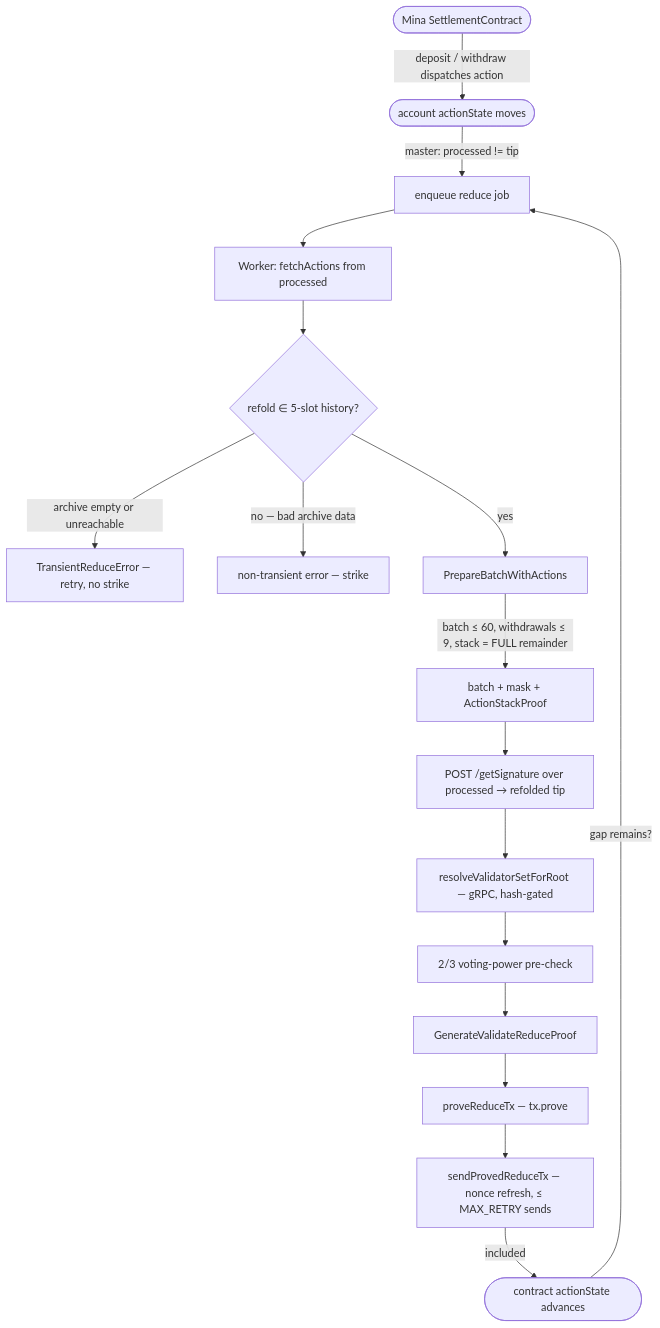
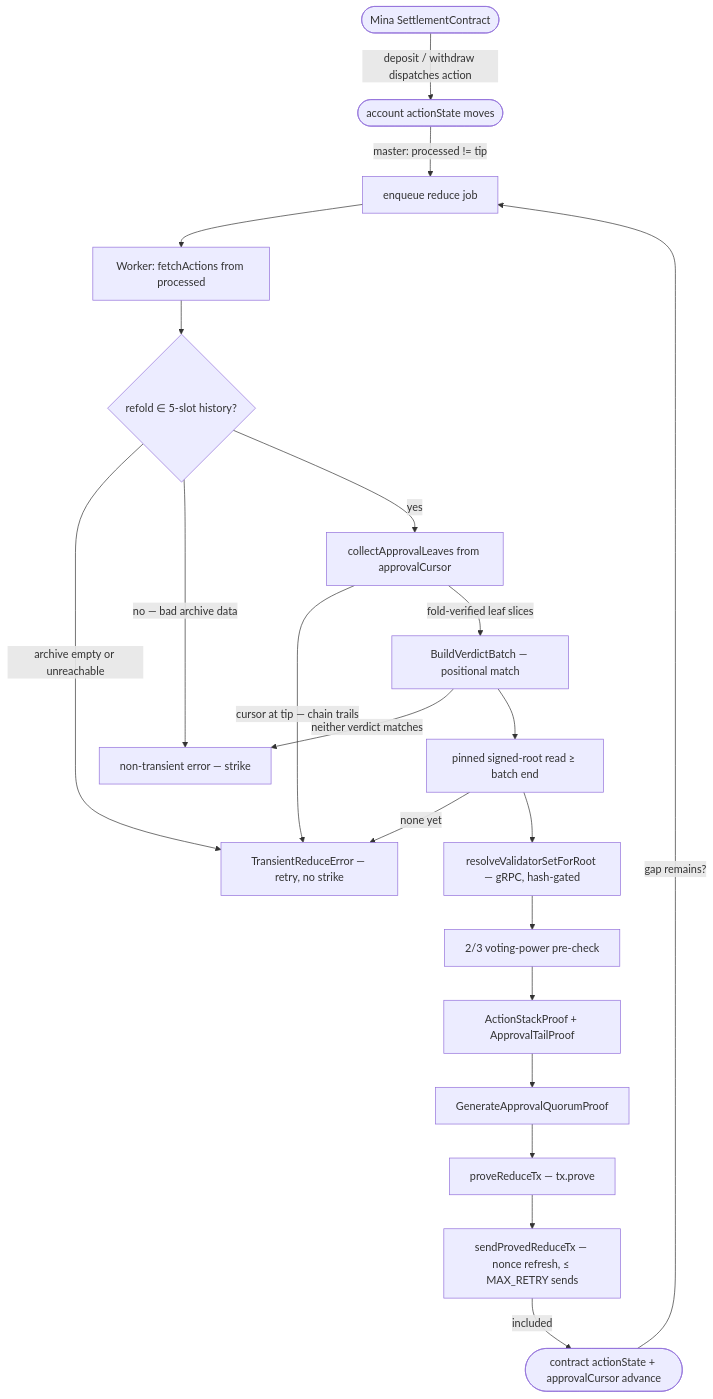
The second of 4 diagrams in bridge/docs/architecture.md (node101-io/pulsar), drawn with Mermaid before and after one commit. The commit also changed other lines of this file and 22 other files, not shown here.

First line of the commit message:
feat(bridge): chain-derived approvals in reduce

````diff
--- a/bridge/docs/architecture.md
+++ b/bridge/docs/architecture.md
@@ -184,21 +191,25 @@
 ```mermaid
 flowchart TD
     A([Mina SettlementContract]) -->|deposit / withdraw dispatches action| B([account actionState moves])
 
     B -->|master: processed != tip| C[enqueue reduce job]
     C --> D[Worker: fetchActions from processed]
     D --> E{refold ∈ 5-slot history?}
     E -->|archive empty or unreachable| Y[TransientReduceError — retry, no strike]
     E -->|no — bad archive data| X[non-transient error — strike]
-    E -->|yes| F[PrepareBatchWithActions]
+    E -->|yes| F[collectApprovalLeaves from approvalCursor]
 
-    F -->|batch ≤ 60, withdrawals ≤ 9, stack = FULL remainder| G[batch + mask + ActionStackProof]
-    G --> H[POST /getSignature over processed → refolded tip]
+    F -->|cursor at tip — chain trails| Y
+    F -->|fold-verified leaf slices| G[BuildVerdictBatch — positional match]
+    G -->|neither verdict matches| X
+    G --> H[pinned signed-root read ≥ batch end]
+    H -->|none yet| Y
     H --> I[resolveValidatorSetForRoot — gRPC, hash-gated]
     I --> J[2/3 voting-power pre-check]
-    J --> K[GenerateValidateReduceProof]
-    K --> L[proveReduceTx — tx.prove]
-    L --> M[sendProvedReduceTx — nonce refresh, ≤ MAX_RETRY sends]
-    M -->|included| N([contract actionState advances])
-    N -->|gap remains?| C
+    J --> K[ActionStackProof + ApprovalTailProof]
+    K --> L[GenerateApprovalQuorumProof]
+    L --> M[proveReduceTx — tx.prove]
+    M --> N[sendProvedReduceTx — nonce refresh, ≤ MAX_RETRY sends]
+    N -->|included| O([contract actionState + approvalCursor advance])
+    O -->|gap remains?| C
 ```
````
